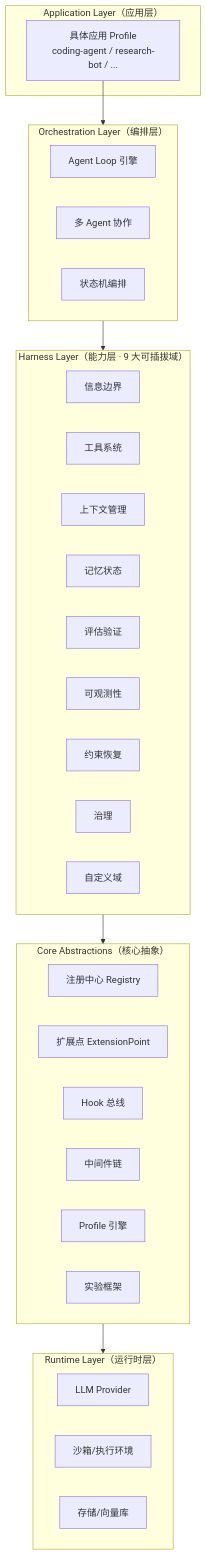
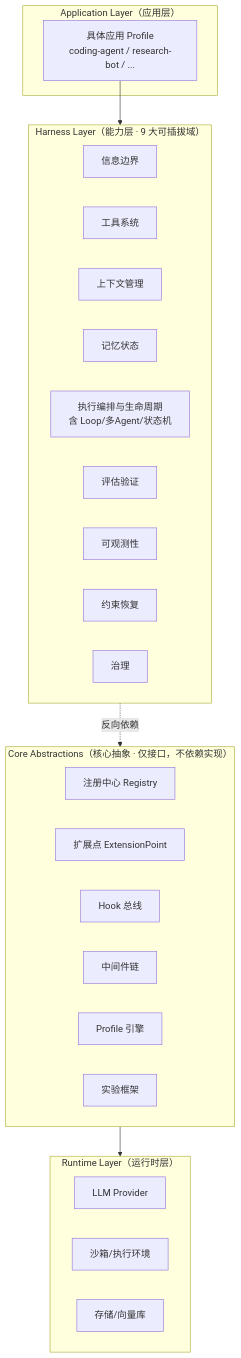
One commit to vvvcxjvvv/agent-conch changed the first of 2 diagrams in docs/technical-design.md. Above: the diagram before and after it, drawn with Mermaid. The commit also changed other lines of this file and 1 other file, not shown here.

````diff
--- a/docs/technical-design.md
+++ b/docs/technical-design.md
@@ -248,31 +300,29 @@
 ```mermaid
 graph TB
     subgraph App["Application Layer（应用层）"]
         APP[具体应用 Profile<br/>coding-agent / research-bot / ...]
     end
-    subgraph Orch["Orchestration Layer（编排层）"]
-        LOOP[Agent Loop 引擎]
-        MULTI[多 Agent 协作]
-        SM[状态机编排]
+    subgraph Harness["Harness Layer（能力层 · 9 大可插拔域）"]
+        direction LR
+        C1[信息边界] & C2[工具系统] & C3[上下文管理]
+        C4[记忆状态] & C5[执行编排与生命周期<br/>含 Loop/多Agent/状态机] & C6[评估验证]
+        C7[可观测性] & C8[约束恢复] & C9[治理]
     end
-    subgraph Harness["Harness Layer（能力层 · 9 大可插拔域）"]
-        C1[信息边界] & C2[工具系统] & C3[上下文管理]
-        C4[记忆状态] & C5[评估验证] & C6[可观测性]
-        C7[约束恢复] & C8[治理] & C9[自定义域]
-    end
-    subgraph Core["Core Abstractions（核心抽象）"]
+    subgraph Core["Core Abstractions（核心抽象 · 仅接口，不依赖实现）"]
         REG[注册中心 Registry]
         EP[扩展点 ExtensionPoint]
         HOOK[Hook 总线]
         MW[中间件链]
         PROF[Profile 引擎]
         EXP[实验框架]
     end
     subgraph RT["Runtime Layer（运行时层）"]
         MODEL[LLM Provider]
         SANDBOX[沙箱/执行环境]
         STORE[存储/向量库]
     end
 
-    APP --> Orch --> Harness --> Core --> RT
+    APP --> Harness
+    Harness -.反向依赖.-> Core
+    Core --> RT
 ```
````
